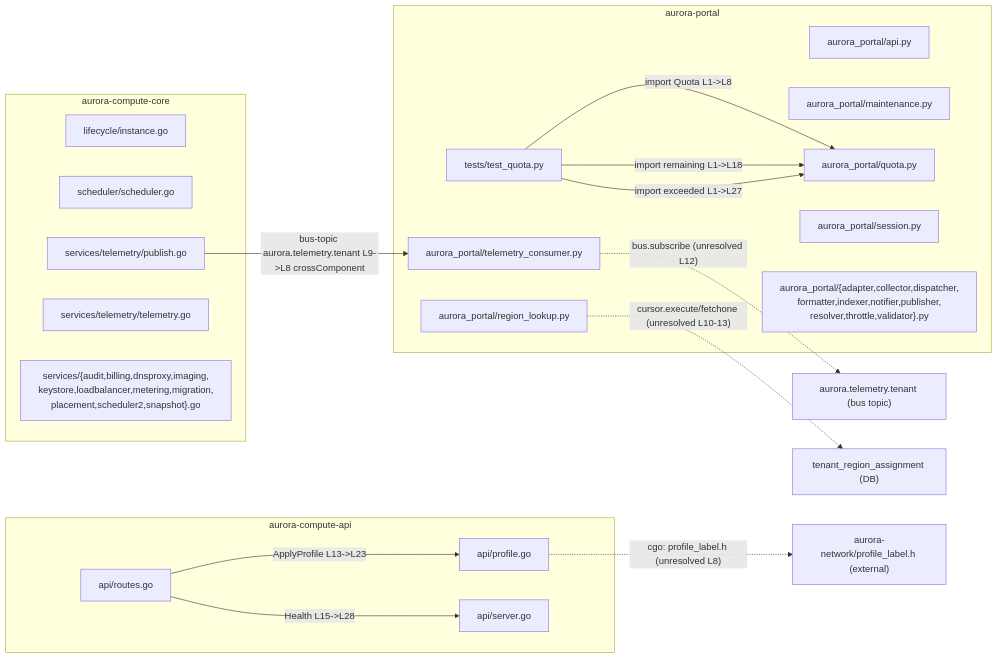
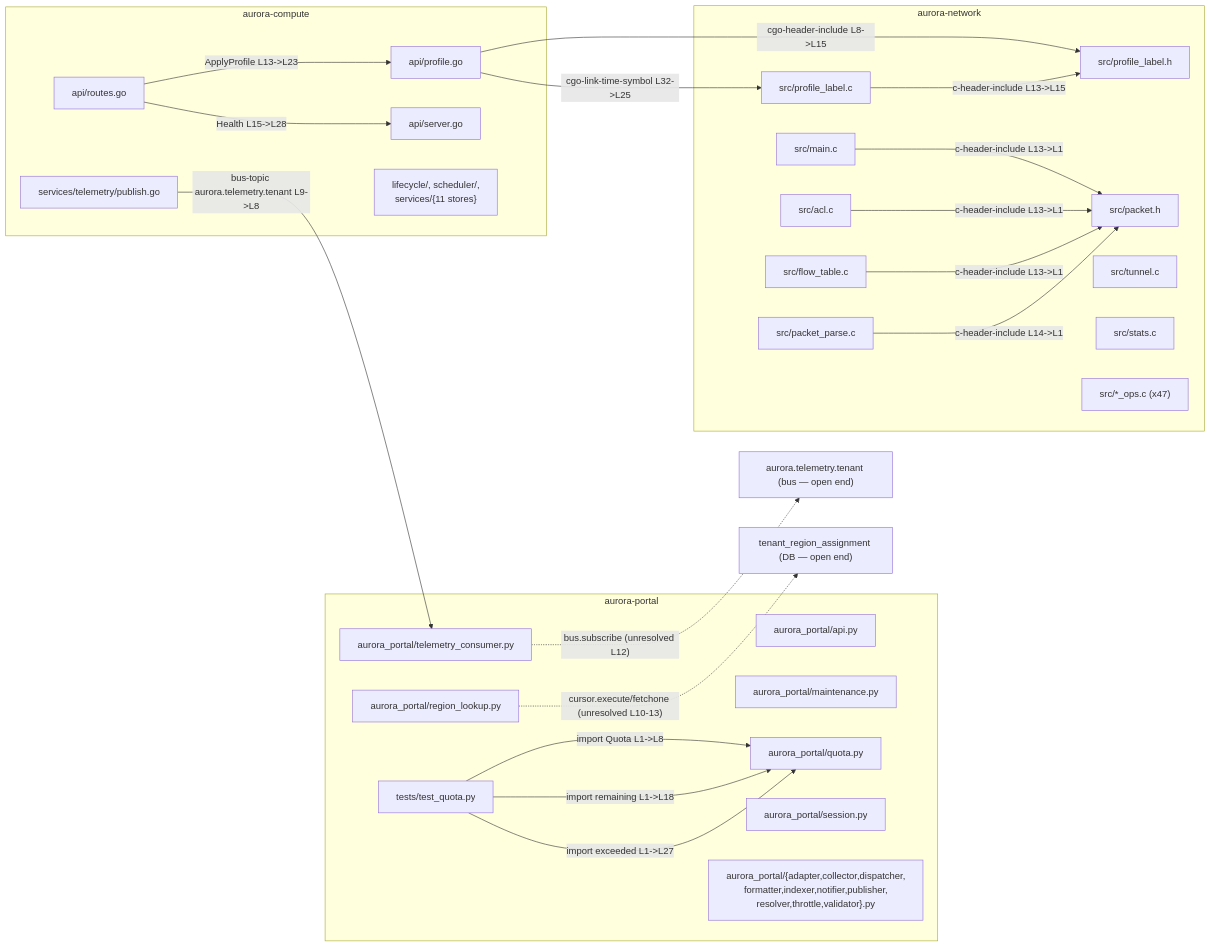
The diagram in docs/components/payload_plaintext.md (daves1102/AgentStudioTest), drawn with Mermaid before and after one commit. The commit also changed other lines of this file and 2 other files, not shown here.

Commit message:
docs: add component synthesis and index

````diff
--- a/docs/components/payload_plaintext.md
+++ b/docs/components/payload_plaintext.md
@@ -344,41 +332,55 @@
 ```mermaid
 graph LR
     subgraph aurora-portal
         ap-test-quota["tests/test_quota.py"]
         ap-api["aurora_portal/api.py"]
         ap-maintenance["aurora_portal/maintenance.py"]
         ap-quota["aurora_portal/quota.py"]
         ap-region["aurora_portal/region_lookup.py"]
         ap-session["aurora_portal/session.py"]
         ap-telemetry["aurora_portal/telemetry_consumer.py"]
         ap-pipeline["aurora_portal/{adapter,collector,dispatcher,\nformatter,indexer,notifier,publisher,\nresolver,throttle,validator}.py"]
     end
-    subgraph aurora-compute-api
+    subgraph aurora-compute
         ac-profile["api/profile.go"]
         ac-routes["api/routes.go"]
         ac-server["api/server.go"]
+        ac-publish["services/telemetry/publish.go"]
+        ac-other["lifecycle/, scheduler/,\nservices/{11 stores}"]
     end
-    subgraph aurora-compute-core
-        ac-instance["lifecycle/instance.go"]
-        ac-scheduler["scheduler/scheduler.go"]
-        ac-publish["services/telemetry/publish.go"]
-        ac-telemetry["services/telemetry/telemetry.go"]
-        ac-stores["services/{audit,billing,dnsproxy,imaging,\nkeystore,loadbalancer,metering,migration,\nplacement,scheduler2,snapshot}.go"]
+    subgraph aurora-network
+        an-profile-h["src/profile_label.h"]
+        an-profile-c["src/profile_label.c"]
+        an-packet-h["src/packet.h"]
+        an-packet-parse["src/packet_parse.c"]
+        an-main["src/main.c"]
+        an-acl["src/acl.c"]
+        an-flow["src/flow_table.c"]
+        an-tunnel["src/tunnel.c"]
+        an-stats["src/stats.c"]
+        an-ops["src/*_ops.c (x47)"]
     end
-    ext-bus["aurora.telemetry.tenant (bus topic)"]
-    ext-db["tenant_region_assignment (DB)"]
-    ext-aurora-network["aurora-network/profile_label.h (external)"]
+    ext-bus["aurora.telemetry.tenant (bus — open end)"]
+    ext-db["tenant_region_assignment (DB — open end)"]
 
     ap-test-quota -->|"import Quota L1->L8"| ap-quota
     ap-test-quota -->|"import remaining L1->L18"| ap-quota
     ap-test-quota -->|"import exceeded L1->L27"| ap-quota
 
     ac-routes -->|"ApplyProfile L13->L23"| ac-profile
     ac-routes -->|"Health L15->L28"| ac-server
 
-    ac-publish -->|"bus-topic aurora.telemetry.tenant L9->L8 crossComponent"| ap-telemetry
+    ac-publish -->|"bus-topic aurora.telemetry.tenant L9->L8"| ap-telemetry
+
+    ac-profile -->|"cgo-header-include L8->L15"| an-profile-h
+    ac-profile -->|"cgo-link-time-symbol L32->L25"| an-profile-c
+    an-profile-c -->|"c-header-include L13->L15"| an-profile-h
+
+    an-main -->|"c-header-include L13->L1"| an-packet-h
+    an-acl -->|"c-header-include L13->L1"| an-packet-h
+    an-flow -->|"c-header-include L13->L1"| an-packet-h
+    an-packet-parse -->|"c-header-include L14->L1"| an-packet-h
 
     ap-telemetry -.->|"bus.subscribe (unresolved L12)"| ext-bus
     ap-region -.->|"cursor.execute/fetchone (unresolved L10-13)"| ext-db
-    ac-profile -.->|"cgo: profile_label.h (unresolved L8)"| ext-aurora-network
 ```
````
